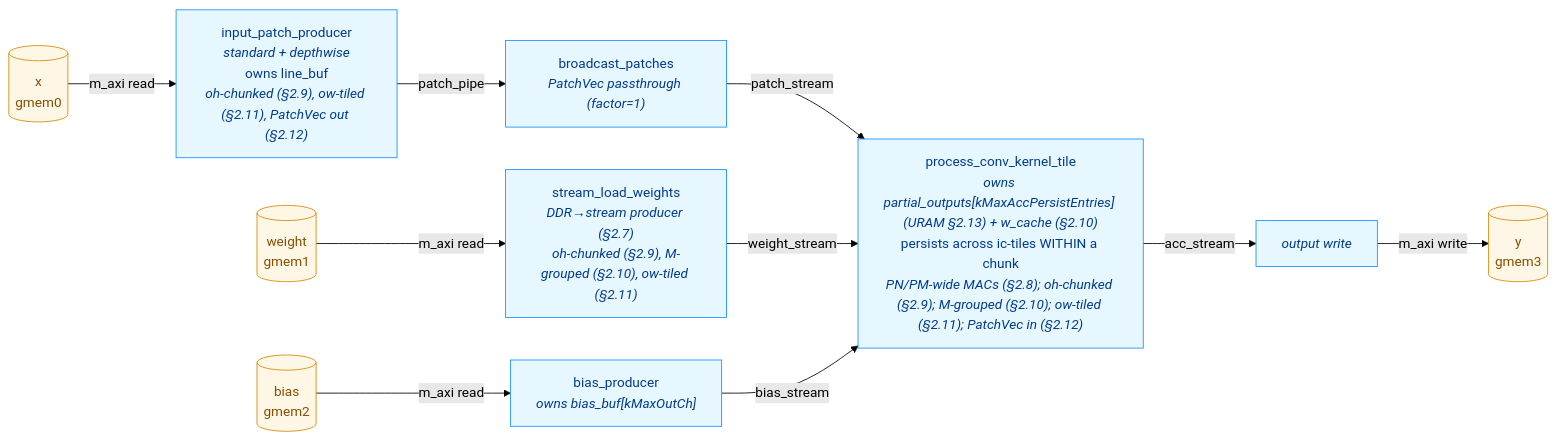
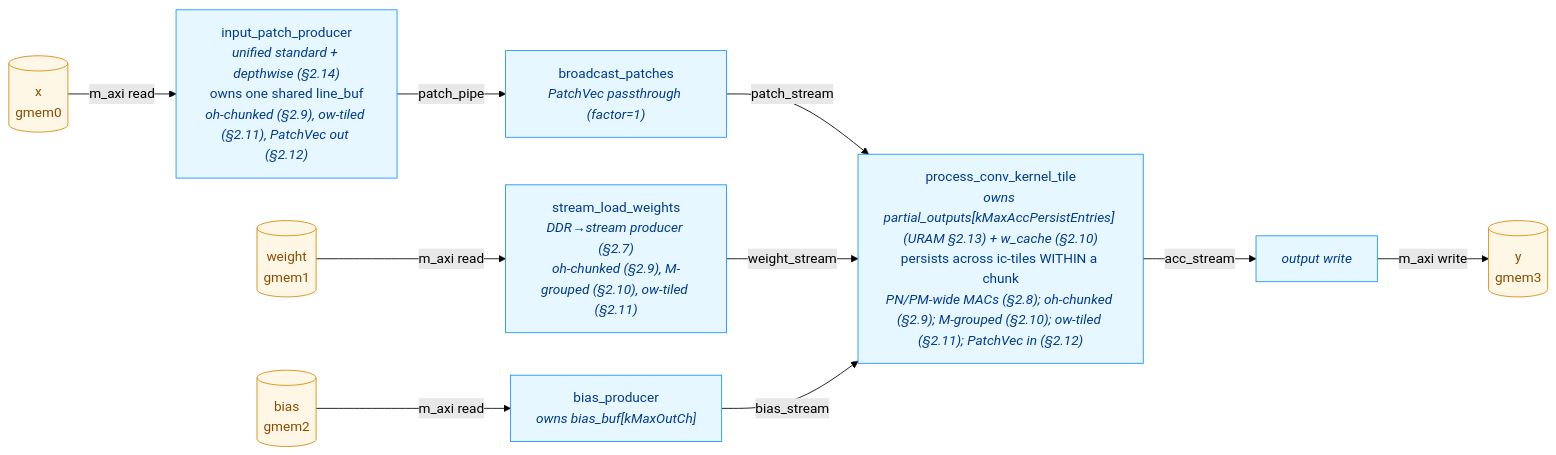
The diagram in doc/CONV_OPTIMISATION.md (GradeBuilderSL/cormorant), drawn with Mermaid (forest theme) before and after one commit. The commit also changed other lines of this file and 1 other file, not shown here.

First line of the commit message:
Document unified patch producer (§2.14)

````diff
--- a/doc/CONV_OPTIMISATION.md
+++ b/doc/CONV_OPTIMISATION.md
@@ -617,28 +672,28 @@
 ```mermaid
 flowchart LR
     DDR_X[("x<br/>gmem0")]
     DDR_W[("weight<br/>gmem1")]
     DDR_B[("bias<br/>gmem2")]
     DDR_Y[("y<br/>gmem3")]
-    IPP["input_patch_producer<br/><i>standard + depthwise</i><br/>owns line_buf<br/><i>oh-chunked (§2.9), ow-tiled (§2.11), PatchVec out (§2.12)</i>"]
+    IPP["input_patch_producer<br/><i>unified standard + depthwise (§2.14)</i><br/>owns one shared line_buf<br/><i>oh-chunked (§2.9), ow-tiled (§2.11), PatchVec out (§2.12)</i>"]
     BC["broadcast_patches<br/><i>PatchVec passthrough (factor=1)</i>"]
     SLW["stream_load_weights<br/><i>DDR→stream producer (§2.7)</i><br/><i>oh-chunked (§2.9), M-grouped (§2.10), ow-tiled (§2.11)</i>"]
     BP["bias_producer<br/><i>owns bias_buf[kMaxOutCh]</i>"]
     PCT["process_conv_kernel_tile<br/><i>owns partial_outputs[kMaxAccPersistEntries] (URAM §2.13) + w_cache (§2.10)</i><br/>persists across ic-tiles WITHIN a chunk<br/><i>PN/PM-wide MACs (§2.8); oh-chunked (§2.9); M-grouped (§2.10); ow-tiled (§2.11); PatchVec in (§2.12)</i>"]
     WO["<i>output write</i>"]
 
     DDR_X -->|m_axi read| IPP
     DDR_W -->|m_axi read| SLW
     DDR_B -->|m_axi read| BP
     IPP -->|patch_pipe| BC
     BC -->|patch_stream| PCT
     SLW -->|weight_stream| PCT
     BP -->|bias_stream| PCT
     PCT -->|acc_stream| WO
     WO -->|m_axi write| DDR_Y
 
     classDef ddr fill:#fff7e6,stroke:#d48806,color:#874d00
     classDef stage fill:#e6f7ff,stroke:#1890ff,color:#003a8c
     class DDR_X,DDR_W,DDR_B,DDR_Y ddr
     class IPP,BC,SLW,BP,PCT,WO stage
 ```
````
